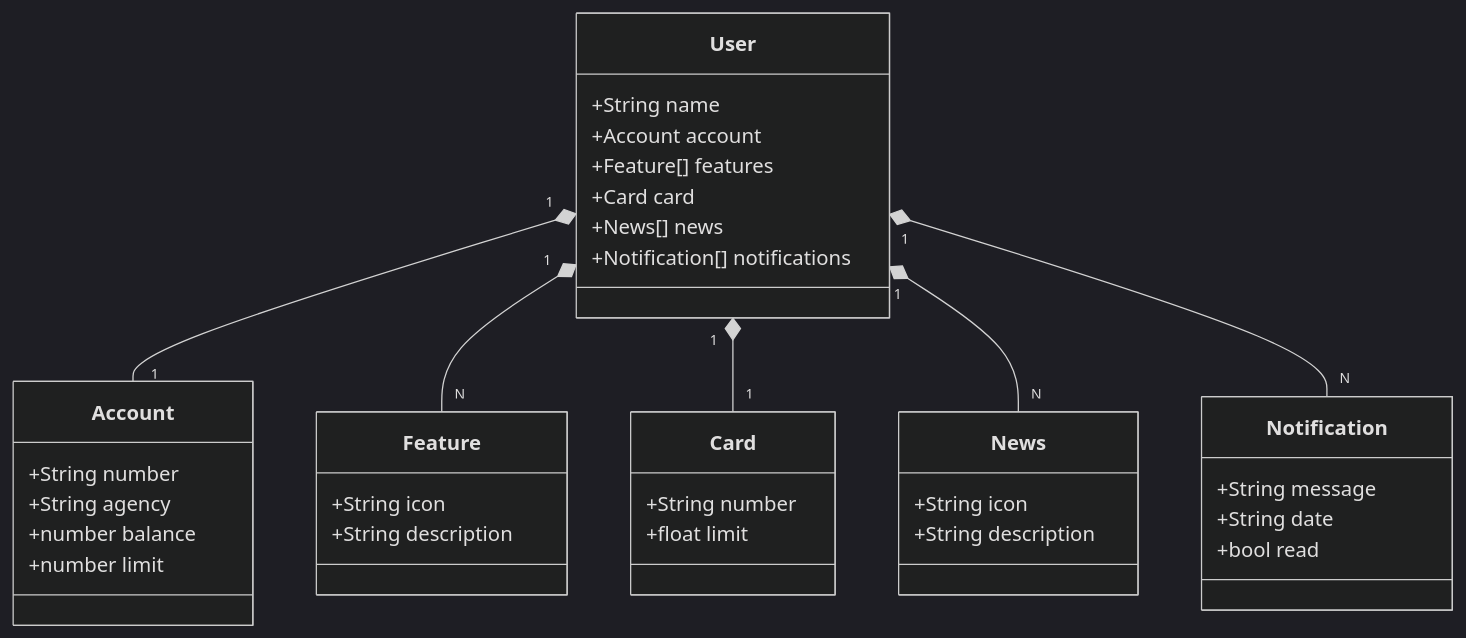
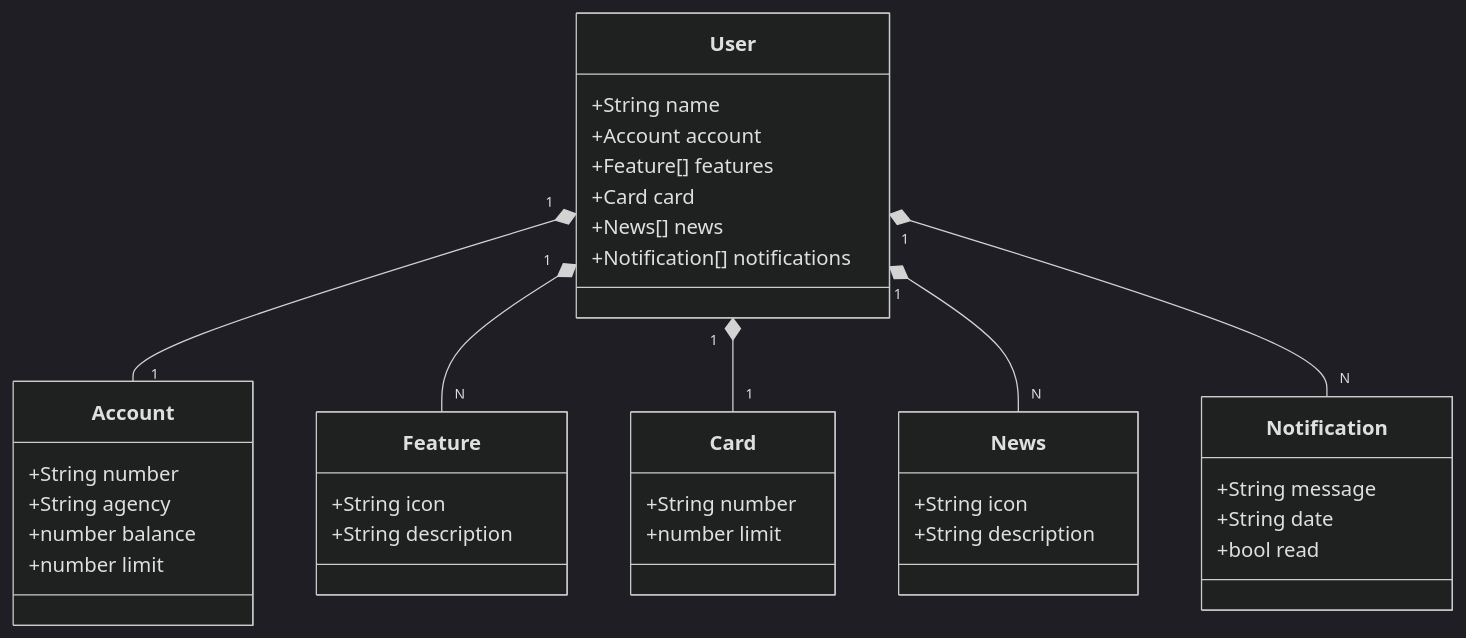
One commit to Raissamt/santander-dev-project-dio changed the diagram in README.md. Above: the diagram before and after it, drawn with Mermaid (dark theme).

````diff
--- a/README.md
+++ b/README.md
@@ -23,46 +23,46 @@
 ```mermaid
 
 classDiagram
   class User {
     +String name
     +Account account
     +Feature[] features
     +Card card
     +News[] news
     +Notification[] notifications
   }
 
   class Account {
     +String number
     +String agency
     +number balance
     +number limit
   }
 
   class Feature {
     +String icon
     +String description
   }
 
   class Card {
     +String number
-    +float limit
+    +number limit
   }
 
   class News {
     +String icon
     +String description
   }
 
   class Notification {
     +String message
     +String date
     +bool read
   }
 
   User "1" *-- "1" Account
   User "1" *-- "N" Feature
   User "1" *-- "1" Card
   User "1" *-- "N" News
   User "1" *-- "N" Notification
 ```
````
